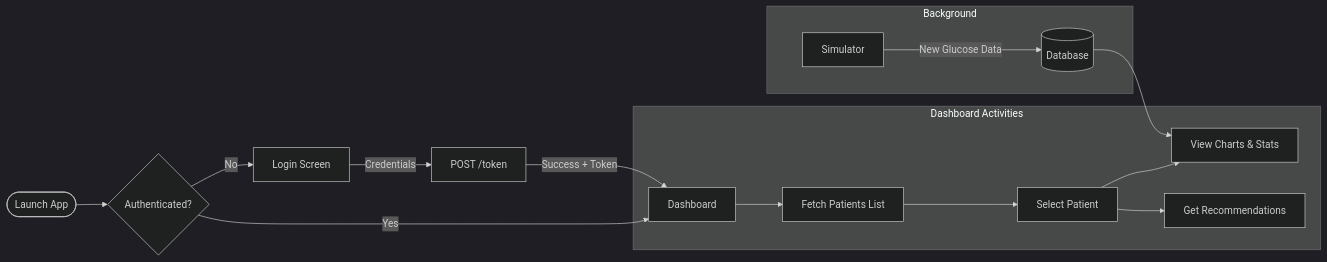
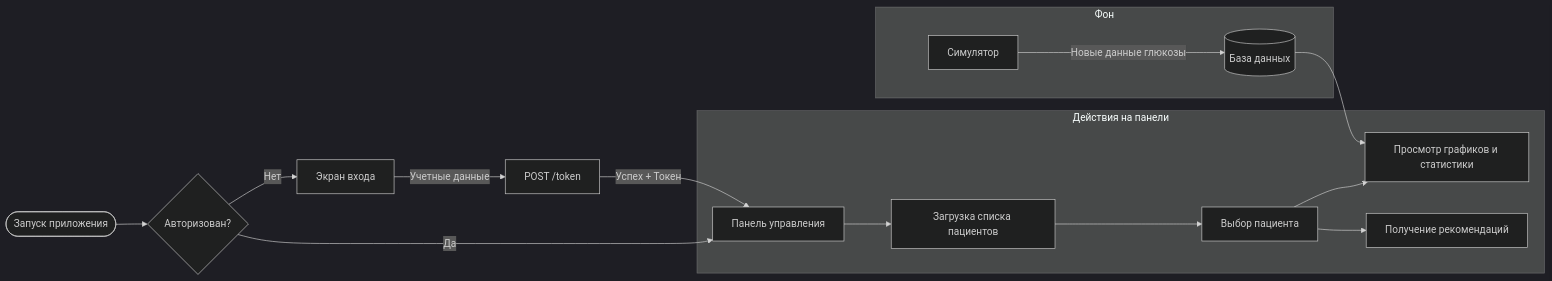
One commit to Dr-U-boop/Glukoze-Test changed the second of 5 diagrams in project_report.md. Above: the diagram before and after it, drawn with Mermaid (dark theme). The commit also changed other lines of this file, not shown here.

````diff
--- a/project_report.md
+++ b/project_report.md
@@ -72,20 +72,20 @@
 ```mermaid
 flowchart LR
-    Start([Launch App]) --> Auth{"Authenticated?"}
-    Auth -- No --> Login[Login Screen]
-    Login -- "Credentials" --> API_Auth[POST /token]
-    API_Auth -- "Success + Token" --> Dashboard[Dashboard]
-    Auth -- Yes --> Dashboard
+    Start([Запуск приложения]) --> Auth{"Авторизован?"}
+    Auth -- Нет --> Login[Экран входа]
+    Login -- "Учетные данные" --> API_Auth[POST /token]
+    API_Auth -- "Успех + Токен" --> Dashboard[Панель управления]
+    Auth -- Да --> Dashboard
 
-    subgraph "Dashboard Activities"
-        Dashboard --> GetPatients[Fetch Patients List]
-        GetPatients --> Select[Select Patient]
-        Select --> Data[View Charts & Stats]
-        Select --> Recs[Get Recommendations]
+    subgraph "Действия на панели"
+        Dashboard --> GetPatients[Загрузка списка пациентов]
+        GetPatients --> Select[Выбор пациента]
+        Select --> Data[Просмотр графиков и статистики]
+        Select --> Recs[Получение рекомендаций]
     end
 
-    subgraph "Background"
-        Sim[Simulator] -- "New Glucose Data" --> DB[(Database)]
+    subgraph "Фон"
+        Sim[Симулятор] -- "Новые данные глюкозы" --> DB[(База данных)]
         DB --> Data
     end
 ```
````
